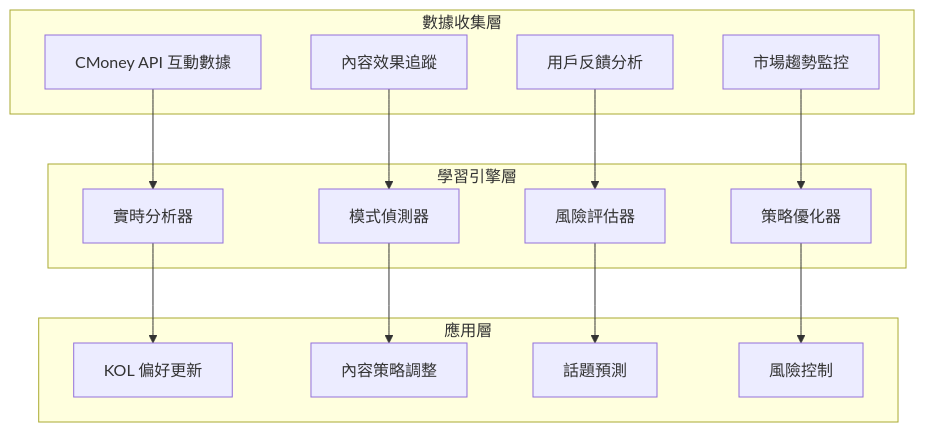
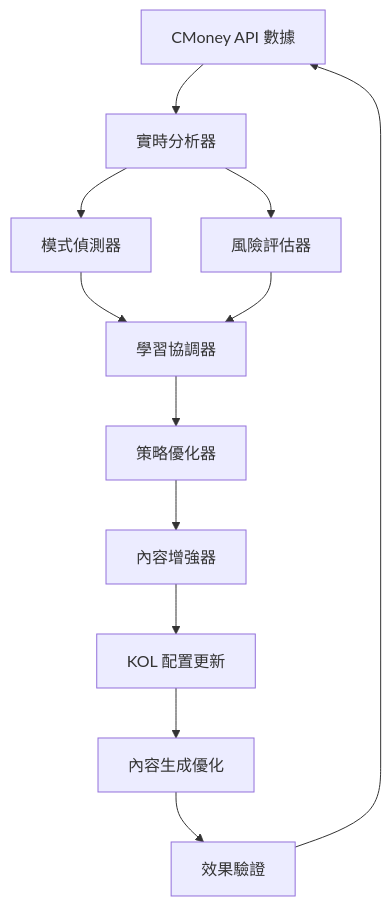
Before and after one commit to hihihowru/forum_autoposter: the diagram in gitbook-docs/4-AI自我學習/4.1-自我學習機制設計.md, drawn with Mermaid. The commit also changed other lines of this file and 3 other files, not shown here.

````diff
--- a/gitbook-docs/4-AI自我學習/4.1-自我學習機制設計.md
+++ b/gitbook-docs/4-AI自我學習/4.1-自我學習機制設計.md
@@ -15,32 +52,14 @@
 ```mermaid
-graph TB
-    subgraph "數據收集層"
-        A[CMoney API 互動數據]
-        B[內容效果追蹤]
-        C[用戶反饋分析]
-        D[市場趨勢監控]
-    end
-    
-    subgraph "學習引擎層"
-        E[實時分析器]
-        F[模式偵測器]
-        G[風險評估器]
-        H[策略優化器]
-    end
-    
-    subgraph "應用層"
-        I[KOL 偏好更新]
-        J[內容策略調整]
-        K[話題預測]
-        L[風險控制]
-    end
-    
-    A --> E
-    B --> F
-    C --> G
-    D --> H
-    E --> I
-    F --> J
-    G --> K
-    H --> L
+graph TD
+    A[CMoney API 數據] --> B[實時分析器]
+    B --> C[模式偵測器]
+    B --> D[風險評估器]
+    C --> E[學習協調器]
+    D --> E
+    E --> F[策略優化器]
+    F --> G[內容增強器]
+    G --> H[KOL 配置更新]
+    H --> I[內容生成優化]
+    I --> J[效果驗證]
+    J --> A
 ```
````
